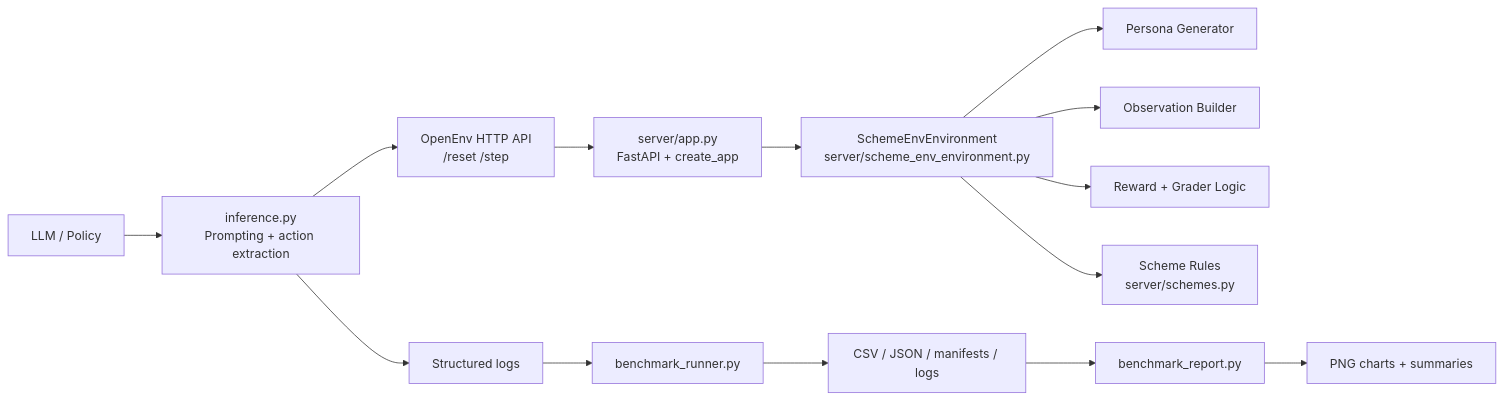
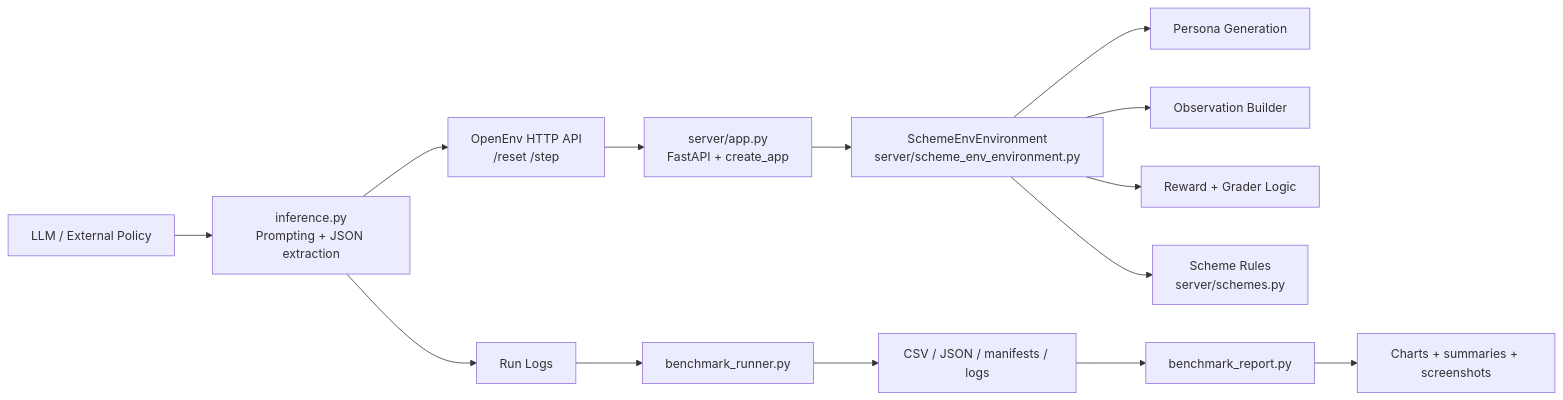
Before and after one commit to HeetRanpura/rl-agent: the first of 5 diagrams in README.md, drawn with Mermaid. The commit also changed other lines of this file and 20 other files, not shown here.

````diff
--- a/README.md
+++ b/README.md
@@ -127,16 +158,16 @@
 ```mermaid
 flowchart LR
-    A["LLM / Policy"] --> B["inference.py<br/>Prompting + action extraction"]
+    A["LLM / External Policy"] --> B["inference.py<br/>Prompting + JSON extraction"]
     B --> C["OpenEnv HTTP API<br/>/reset /step"]
     C --> D["server/app.py<br/>FastAPI + create_app"]
     D --> E["SchemeEnvEnvironment<br/>server/scheme_env_environment.py"]
-    E --> F["Persona Generator"]
+    E --> F["Persona Generation"]
     E --> G["Observation Builder"]
     E --> H["Reward + Grader Logic"]
     E --> I["Scheme Rules<br/>server/schemes.py"]
-    B --> J["Structured logs"]
+    B --> J["Run Logs"]
     J --> K["benchmark_runner.py"]
     K --> L["CSV / JSON / manifests / logs"]
     L --> M["benchmark_report.py"]
-    M --> N["PNG charts + summaries"]
+    M --> N["Charts + summaries + screenshots"]
 ```
````
